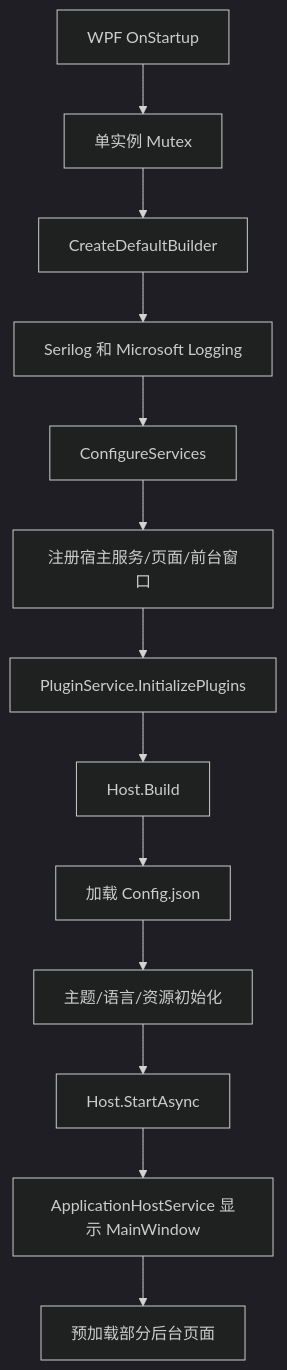
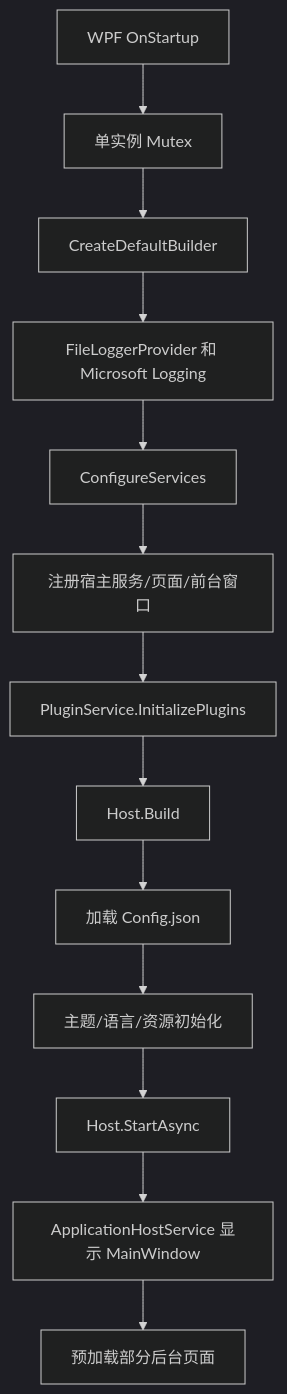
Before and after one commit to PLFJY/neo-bpsys-wpf: the diagram in docs/runtime-architecture.md, drawn with Mermaid (dark theme). The commit also changed other lines of this file and 13 other files, not shown here.

````diff
--- a/docs/runtime-architecture.md
+++ b/docs/runtime-architecture.md
@@ -34,15 +33,15 @@
 ```mermaid
 flowchart TD
     A[WPF OnStartup] --> B[单实例 Mutex]
     B --> C[CreateDefaultBuilder]
-    C --> D[Serilog 和 Microsoft Logging]
+    C --> D[FileLoggerProvider 和 Microsoft Logging]
     D --> E[ConfigureServices]
     E --> F[注册宿主服务/页面/前台窗口]
     F --> G[PluginService.InitializePlugins]
     G --> H[Host.Build]
     H --> I[加载 Config.json]
     I --> J[主题/语言/资源初始化]
     J --> K[Host.StartAsync]
     K --> L[ApplicationHostService 显示 MainWindow]
     L --> M[预加载部分后台页面]
 ```
````
